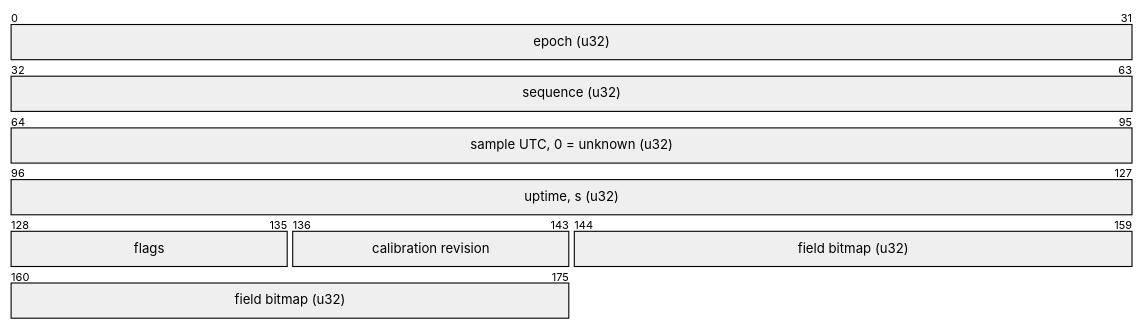
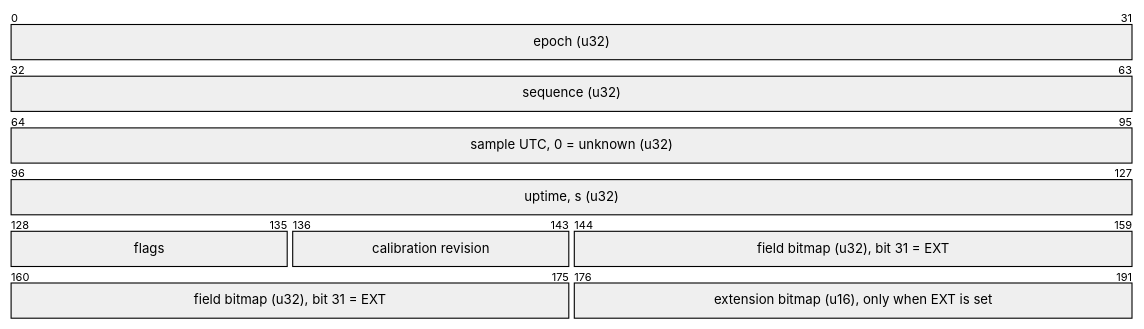
The fifth of 5 diagrams in docs/protocol-design.md (clintecker/weather-station-2026), drawn with Mermaid before and after one commit. The commit also changed other lines of this file and 303 other files, not shown here.

````diff
--- a/docs/protocol-design.md
+++ b/docs/protocol-design.md
@@ -218,10 +330,11 @@
 ```mermaid
 packet-beta
   0-31: "epoch (u32)"
   32-63: "sequence (u32)"
   64-95: "sample UTC, 0 = unknown (u32)"
   96-127: "uptime, s (u32)"
   128-135: "flags"
   136-143: "calibration revision"
-  144-175: "field bitmap (u32)"
+  144-175: "field bitmap (u32), bit 31 = EXT"
+  176-191: "extension bitmap (u16), only when EXT is set"
 ```
````
